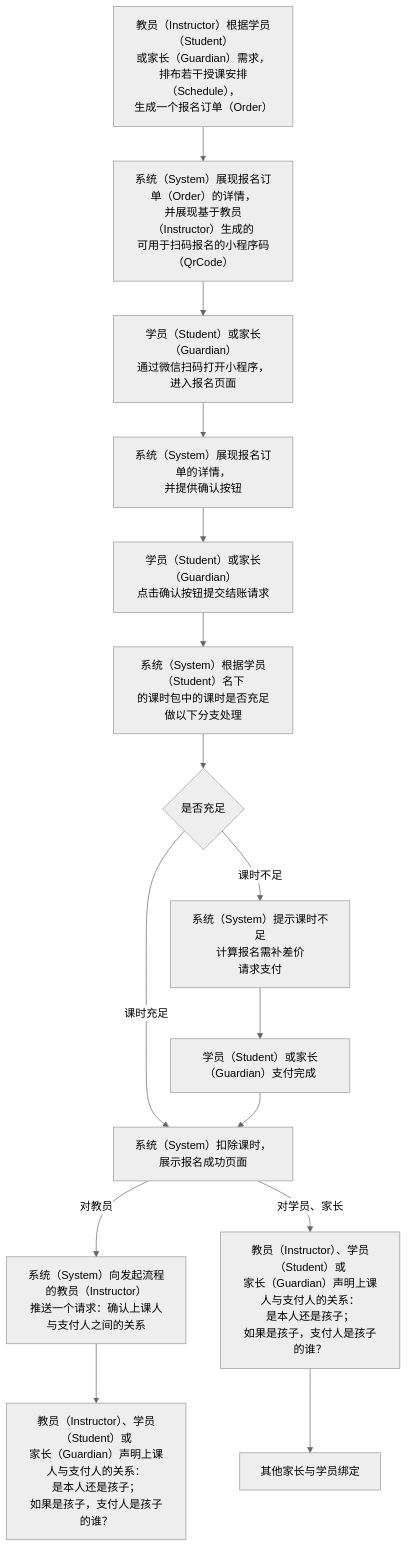
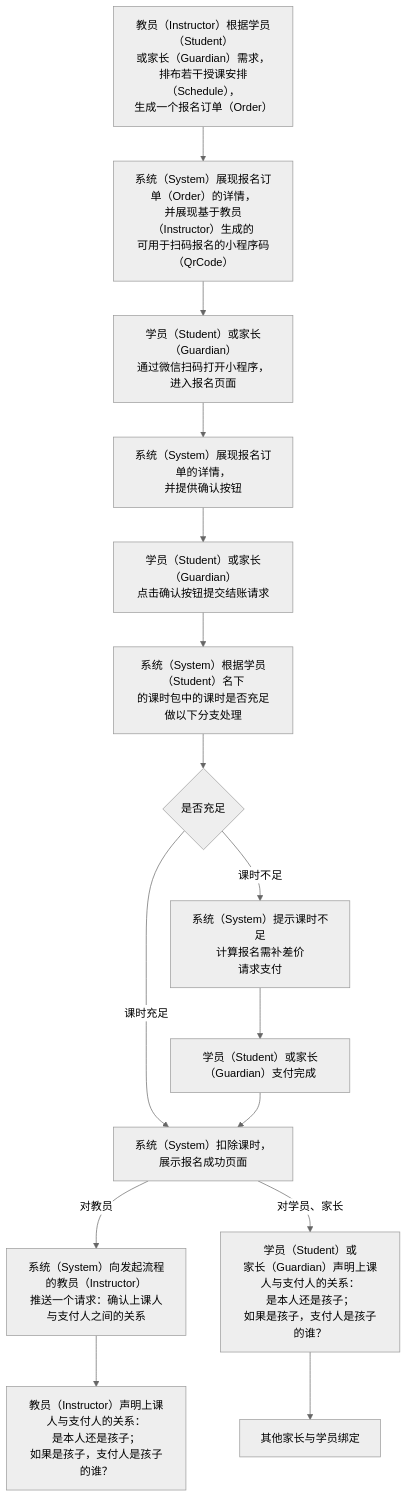
One commit to world-wide-web/sign changed the diagram in 用例/报名.md. Above: the diagram before and after it, drawn with Mermaid (neutral theme). The commit also changed other lines of this file, not shown here.

````diff
--- a/用例/报名.md
+++ b/用例/报名.md
@@ -8,46 +8,46 @@
 ```mermaid
 graph TD
 
 生成报名订单-->生成报名码
 生成报名码-->扫码报名
 扫码报名-->展现报名订单
 展现报名订单-->确认并提交结账请求
 确认并提交结账请求-->检查课时数量
 检查课时数量-->判断课时数量
 判断课时数量--课时充足-->扣课并提示报名成功
 判断课时数量--课时不足-->请求支付
 请求支付-->支付完成
 支付完成-->扣课并提示报名成功
 扣课并提示报名成功--对教员-->请求身份声明
 扣课并提示报名成功--"对学员、家长"-->支付人身份声明
 请求身份声明-->教员代理身份声明
 支付人身份声明-->其他家长与学员绑定
 
 生成报名订单["<center>教员（Instructor）根据学员（Student）<br>或家长（Guardian）需求，<br>排布若干授课安排（Schedule），<br>生成一个报名订单（Order）</center>"]
 
 生成报名码["<center>系统（System）展现报名订单（Order）的详情，<br>并展现基于教员（Instructor）生成的<br>可用于扫码报名的小程序码（QrCode）</center>"]
 
 扫码报名["<center>学员（Student）或家长（Guardian）<br>通过微信扫码打开小程序，进入报名页面</center>"]
 
 展现报名订单["<center>系统（System）展现报名订单的详情，<br>并提供确认按钮</center>"]
 
 确认并提交结账请求["<center>学员（Student）或家长（Guardian）<br>点击确认按钮提交结账请求</center>"]
 
 检查课时数量["<center>系统（System）根据学员（Student）名下<br>的课时包中的课时是否充足做以下分支处理</center>"]
 
 判断课时数量{"<center>是否充足</center>"}
 
 请求支付["<center>系统（System）提示课时不足<br>计算报名需补差价<br>请求支付</center>"]
 
 支付完成["<center>学员（Student）或家长（Guardian）支付完成</center>"]
 
 扣课并提示报名成功["<center>系统（System）扣除课时，展示报名成功页面</center>"]
 
 请求身份声明["<center>系统（System）向发起流程的教员（Instructor）<br>推送一个请求：确认上课人与支付人之间的关系</center>"]
 
-支付人身份声明["<center>教员（Instructor）、学员（Student）或<br>家长（Guardian）声明上课人与支付人的关系：<br>是本人还是孩子；<br>如果是孩子，支付人是孩子的谁？</center>"]
+支付人身份声明["<center>学员（Student）或<br>家长（Guardian）声明上课人与支付人的关系：<br>是本人还是孩子；<br>如果是孩子，支付人是孩子的谁？</center>"]
 
-教员代理身份声明["<center>教员（Instructor）、学员（Student）或<br>家长（Guardian）声明上课人与支付人的关系：<br>是本人还是孩子；<br>如果是孩子，支付人是孩子的谁？</center>"]
+教员代理身份声明["<center>教员（Instructor）声明上课人与支付人的关系：<br>是本人还是孩子；<br>如果是孩子，支付人是孩子的谁？</center>"]
 
 其他家长与学员绑定
 ```
````
